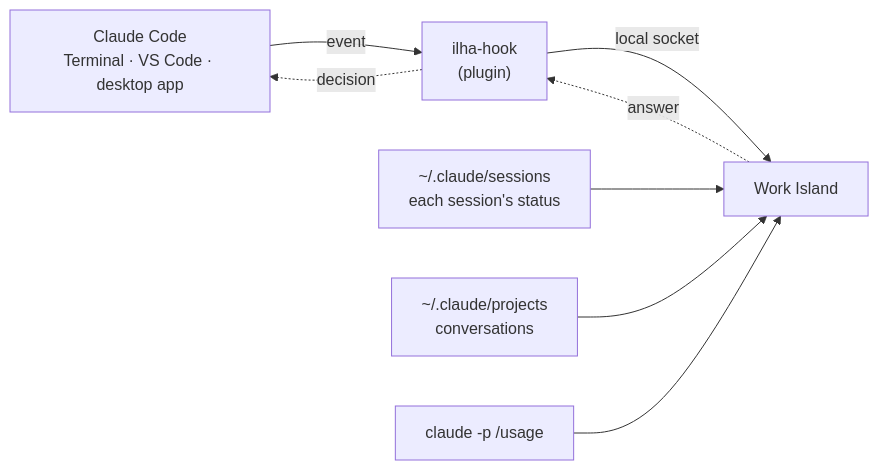
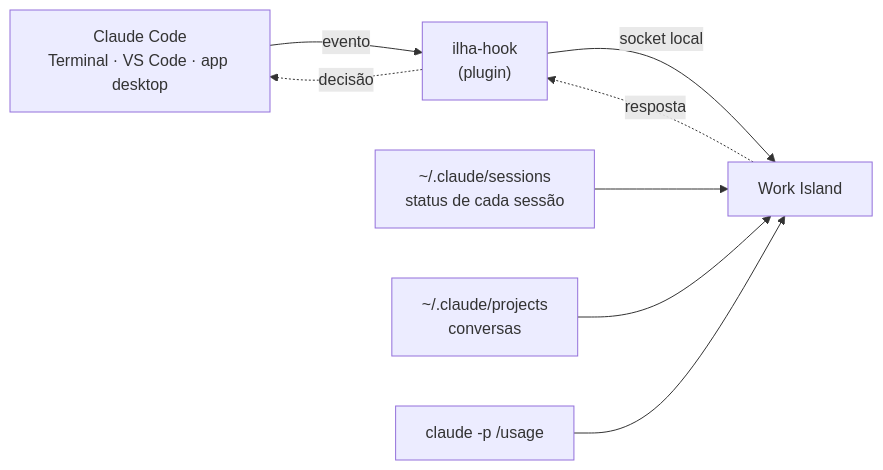
The diagram in README.md (nickfrance/work-island), drawn with Mermaid before and after one commit. The commit also changed other lines of this file and 2 other files, not shown here.

````diff
--- a/README.md
+++ b/README.md
@@ -71,16 +113,16 @@
 ```mermaid
 flowchart LR
-  CC["Claude Code<br/>Terminal · VS Code · desktop app"]
+  CC["Claude Code<br/>Terminal · VS Code · app desktop"]
   H["ilha-hook<br/>(plugin)"]
-  R["~/.claude/sessions<br/>each session's status"]
-  T["~/.claude/projects<br/>conversations"]
+  R["~/.claude/sessions<br/>status de cada sessão"]
+  T["~/.claude/projects<br/>conversas"]
   U["claude -p /usage"]
   A["Work Island"]
-  CC -- "event" --> H
-  H -- "local socket" --> A
-  A -. "answer" .-> H
-  H -. "decision" .-> CC
+  CC -- "evento" --> H
+  H -- "socket local" --> A
+  A -. "resposta" .-> H
+  H -. "decisão" .-> CC
   R --> A
   T --> A
   U --> A
 ```
````
